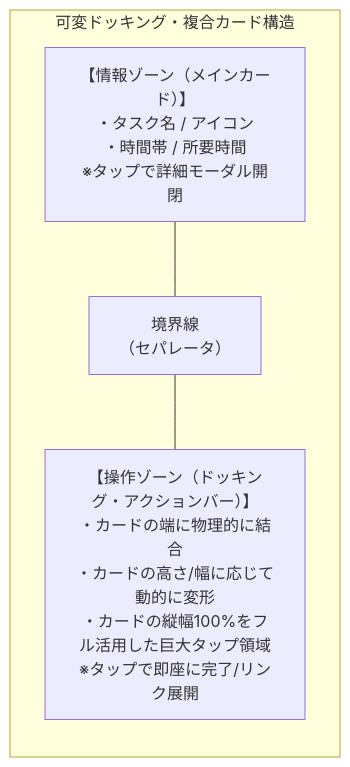
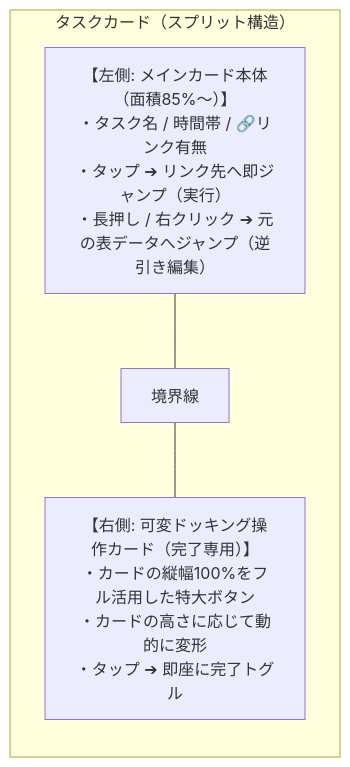
One commit to chku25062-sketch/creation_1 changed the diagram in Plan26.md. Above: the diagram before and after it, drawn with Mermaid. The commit also changed other lines of this file and 3 other files, not shown here.

````diff
--- a/Plan26.md
+++ b/Plan26.md
@@ -44,12 +26,12 @@
 ```mermaid
 flowchart LR
-    subgraph CompositeCard["可変ドッキング・複合カード構造"]
-        InfoZone["【情報ゾーン（メインカード）】\n・タスク名 / アイコン\n・時間帯 / 所要時間\n※タップで詳細モーダル開閉"]
+    subgraph Card["タスクカード（スプリット構造）"]
+        Main["【左側: メインカード本体（面積85%〜）】\n・タスク名 / 時間帯 / 🔗リンク有無\n・タップ ➔ リンク先へ即ジャンプ（実行）\n・長押し / 右クリック ➔ 元の表データへジャンプ（逆引き編集）"]
         
-        Border["境界線\n（セパレータ）"]
+        Border["境界線"]
         
-        ActionZone["【操作ゾーン（ドッキング・アクションバー）】\n・カードの端に物理的に結合\n・カードの高さ/幅に応じて動的に変形\n・カードの縦幅100%をフル活用した巨大タップ領域\n※タップで即座に完了/リンク展開"]
+        Dock["【右側: 可変ドッキング操作カード（完了専用）】\n・カードの縦幅100%をフル活用した特大ボタン\n・カードの高さに応じて動的に変形\n・タップ ➔ 即座に完了トグル"]
         
-        InfoZone --- Border --- ActionZone
+        Main --- Border --- Dock
     end
 ```
````
